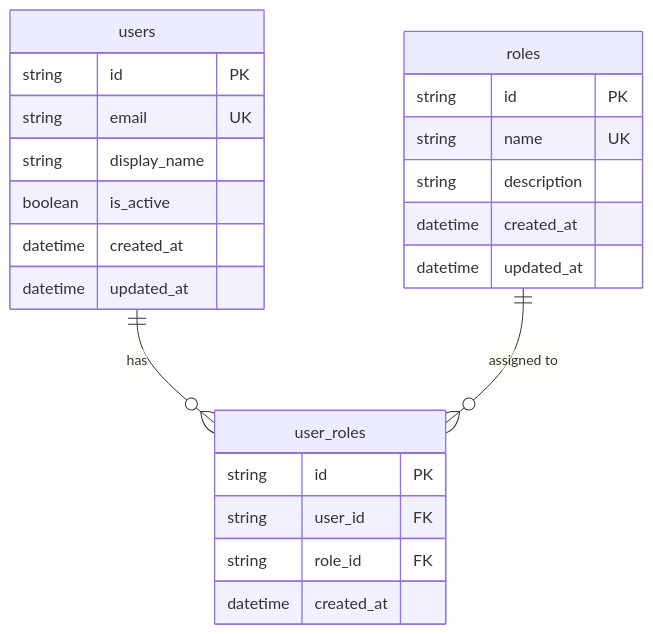
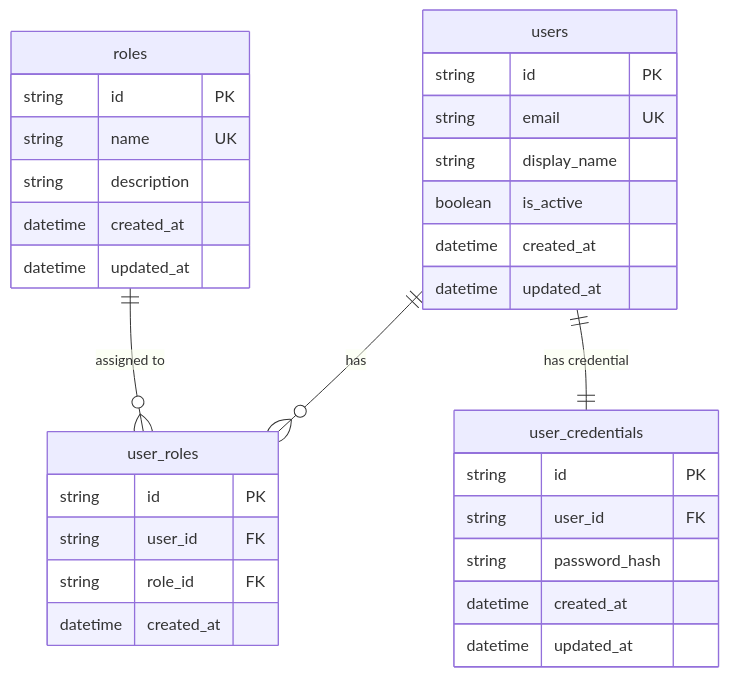
The diagram in docs/m8_identity_architecture.md (TejaswaniMishra/financial-ai-operator), drawn with Mermaid before and after one commit. The commit also changed other lines of this file, not shown here.

Commit message:
docs(identity): update architecture doc with credentials

````diff
--- a/docs/m8_identity_architecture.md
+++ b/docs/m8_identity_architecture.md
@@ -13,26 +14,34 @@
 ```mermaid
 erDiagram
     users {
         string id PK
         string email UK
         string display_name
         boolean is_active
         datetime created_at
         datetime updated_at
     }
     roles {
         string id PK
         string name UK
         string description
         datetime created_at
         datetime updated_at
     }
     user_roles {
         string id PK
         string user_id FK
         string role_id FK
         datetime created_at
     }
+    user_credentials {
+        string id PK
+        string user_id FK
+        string password_hash
+        datetime created_at
+        datetime updated_at
+    }
     users ||--o{ user_roles : "has"
     roles ||--o{ user_roles : "assigned to"
+    users ||--|| user_credentials : "has credential"
 ```
````
